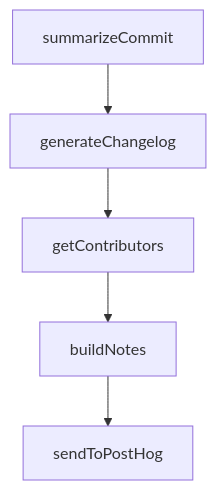
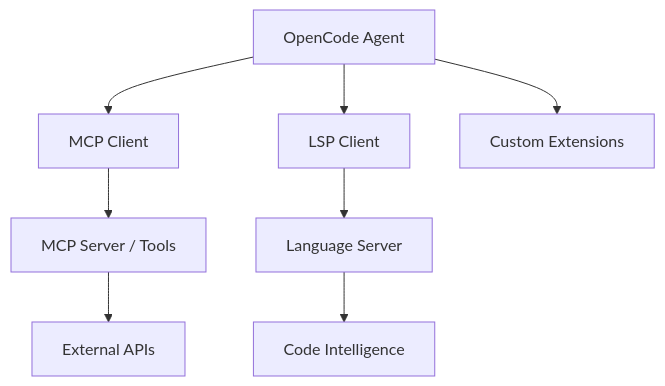
The diagram in tutorials/opencode-tutorial/07-integrations-mcp-lsp-and-extensions.md (johnxie/awesome-code-docs), drawn with Mermaid before and after one commit. The commit also changed other lines of this file and 1232 other files, not shown here.

````diff
--- a/tutorials/opencode-tutorial/07-integrations-mcp-lsp-and-extensions.md
+++ b/tutorials/opencode-tutorial/07-integrations-mcp-lsp-and-extensions.md
@@ -213,12 +45,10 @@
 ```mermaid
 flowchart TD
-    A[summarizeCommit]
-    B[generateChangelog]
-    C[getContributors]
-    D[buildNotes]
-    E[sendToPostHog]
-    A --> B
-    B --> C
-    C --> D
-    D --> E
+    A[OpenCode Agent] --> B[MCP Client]
+    B --> C[MCP Server / Tools]
+    A --> D[LSP Client]
+    D --> E[Language Server]
+    A --> F[Custom Extensions]
+    C --> G[External APIs]
+    E --> H[Code Intelligence]
 ```
````
